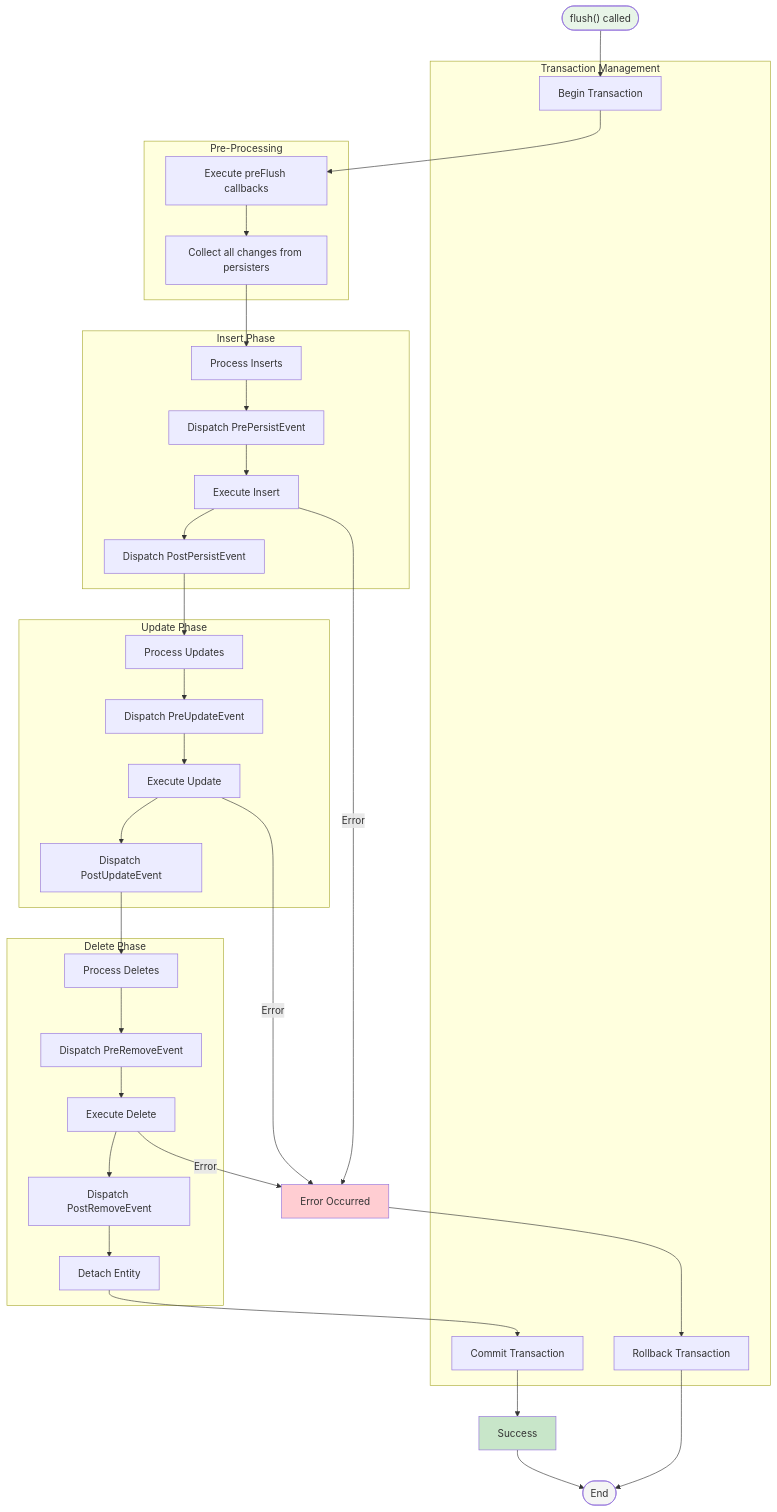
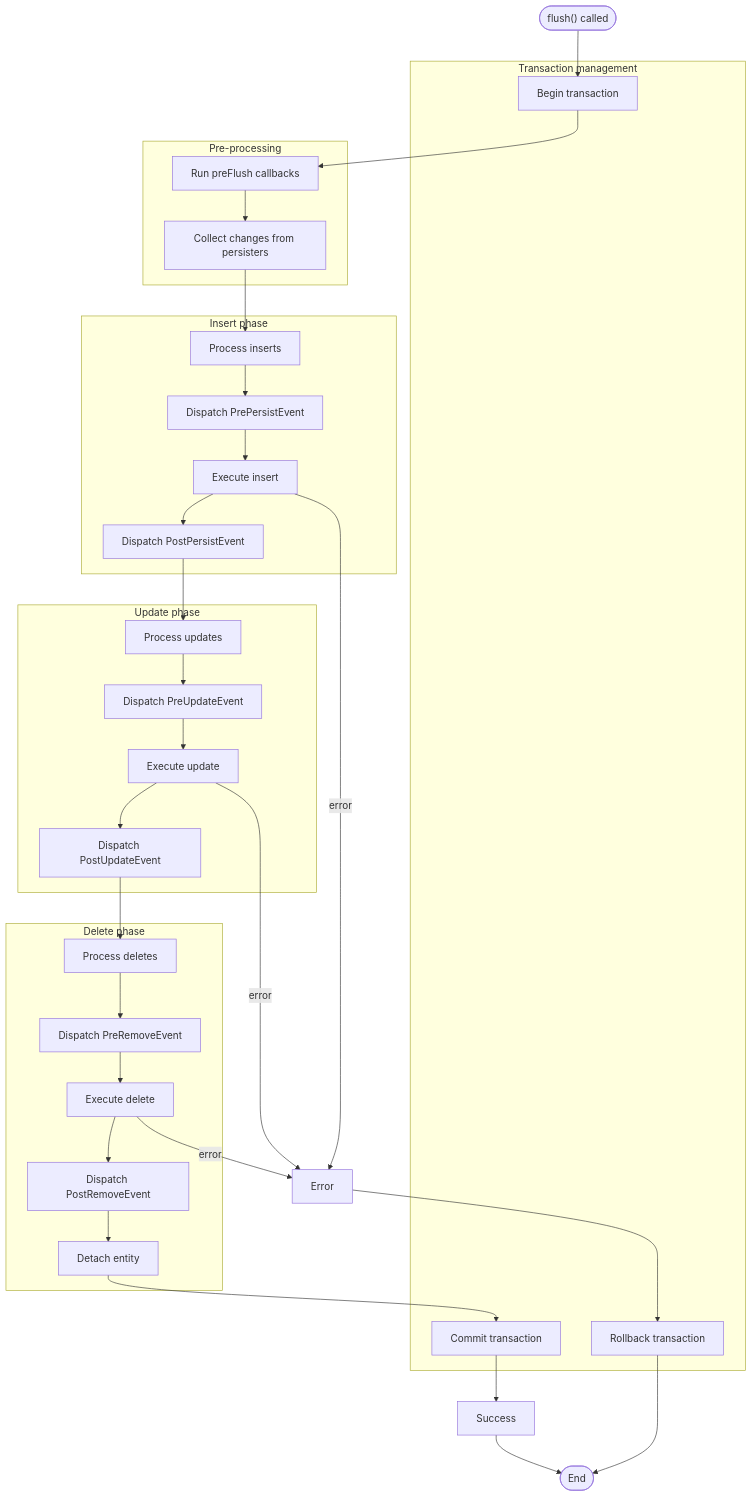
One commit to kabiroman/adaptive-entity-manager changed the fourth of 7 diagrams in docs/INTERACTION_DIAGRAMS.md. Above: the diagram before and after it, drawn with Mermaid. The commit also changed other lines of this file and 7 other files, not shown here.

````diff
--- a/docs/INTERACTION_DIAGRAMS.md
+++ b/docs/INTERACTION_DIAGRAMS.md
@@ -140,76 +135,71 @@
 ```mermaid
 flowchart TB
     Start(["`flush() called`"])
-    
-    subgraph "Transaction Management"
-        BeginTx["`Begin Transaction`"]
-        CommitTx["`Commit Transaction`"]
-        RollbackTx["`Rollback Transaction`"]
+
+    subgraph transactionMgmt [Transaction management]
+        BeginTx["`Begin transaction`"]
+        CommitTx["`Commit transaction`"]
+        RollbackTx["`Rollback transaction`"]
     end
-    
-    subgraph "Pre-Processing"
-        PreFlush["`Execute preFlush callbacks`"]
-        CollectChanges["`Collect all changes from persisters`"]
+
+    subgraph preProcessing [Pre-processing]
+        PreFlush["`Run preFlush callbacks`"]
+        CollectChanges["`Collect changes from persisters`"]
     end
-    
-    subgraph "Insert Phase"
-        ProcessInserts["`Process Inserts`"]
+
+    subgraph insertPhase [Insert phase]
+        ProcessInserts["`Process inserts`"]
         PrePersistEvent["`Dispatch PrePersistEvent`"]
-        ExecuteInsert["`Execute Insert`"]
+        ExecuteInsert["`Execute insert`"]
         PostPersistEvent["`Dispatch PostPersistEvent`"]
     end
-    
-    subgraph "Update Phase"
-        ProcessUpdates["`Process Updates`"]
+
+    subgraph updatePhase [Update phase]
+        ProcessUpdates["`Process updates`"]
         PreUpdateEvent["`Dispatch PreUpdateEvent`"]
-        ExecuteUpdate["`Execute Update`"]
+        ExecuteUpdate["`Execute update`"]
         PostUpdateEvent["`Dispatch PostUpdateEvent`"]
     end
-    
-    subgraph "Delete Phase"
-        ProcessDeletes["`Process Deletes`"]
+
+    subgraph deletePhase [Delete phase]
+        ProcessDeletes["`Process deletes`"]
         PreRemoveEvent["`Dispatch PreRemoveEvent`"]
-        ExecuteDelete["`Execute Delete`"]
+        ExecuteDelete["`Execute delete`"]
         PostRemoveEvent["`Dispatch PostRemoveEvent`"]
-        DetachEntity["`Detach Entity`"]
+        DetachEntity["`Detach entity`"]
     end
-    
-    Error["`Error Occurred`"]
+
+    Error["`Error`"]
     Success["`Success`"]
     End(["`End`"])
-    
+
     Start --> BeginTx
     BeginTx --> PreFlush
     PreFlush --> CollectChanges
     CollectChanges --> ProcessInserts
-    
+
     ProcessInserts --> PrePersistEvent
     PrePersistEvent --> ExecuteInsert
     ExecuteInsert --> PostPersistEvent
     PostPersistEvent --> ProcessUpdates
-    
+
     ProcessUpdates --> PreUpdateEvent
     PreUpdateEvent --> ExecuteUpdate
     ExecuteUpdate --> PostUpdateEvent
     PostUpdateEvent --> ProcessDeletes
-    
+
     ProcessDeletes --> PreRemoveEvent
     PreRemoveEvent --> ExecuteDelete
     ExecuteDelete --> PostRemoveEvent
     PostRemoveEvent --> DetachEntity
     DetachEntity --> CommitTx
-    
+
     CommitTx --> Success
     Success --> End
-    
-    ExecuteInsert -->|Error| Error
-    ExecuteUpdate -->|Error| Error
-    ExecuteDelete -->|Error| Error
+
+    ExecuteInsert -->|error| Error
+    ExecuteUpdate -->|error| Error
+    ExecuteDelete -->|error| Error
     Error --> RollbackTx
     RollbackTx --> End
-    
-    style Start fill:#e8f5e8
-    style Success fill:#c8e6c9
-    style Error fill:#ffcdd2
-    style End fill:#f5f5f5
 ```
````
